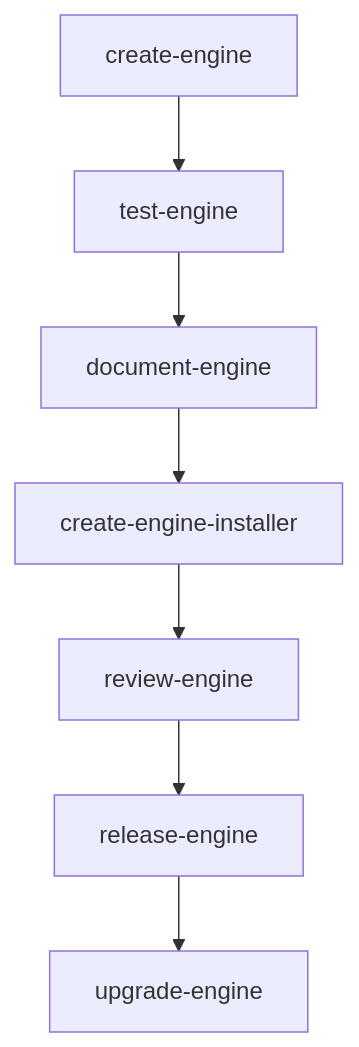
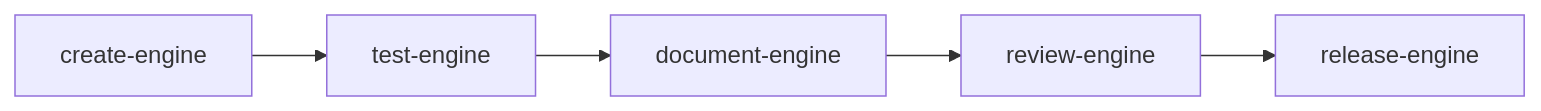
The fourth of 6 diagrams in docs/persona-guide.md (igmarin/rails-agent-skills), drawn with Mermaid before and after one commit. The commit also changed other lines of this file and 49 other files, not shown here.

````diff
--- a/docs/persona-guide.md
+++ b/docs/persona-guide.md
@@ -568,9 +65,7 @@
 ```mermaid
-flowchart TD
+flowchart LR
     A[create-engine] --> B[test-engine]
     B --> C[document-engine]
-    C --> D[create-engine-installer]
-    D --> E[review-engine]
-    E --> F[release-engine]
-    F --> G[upgrade-engine]
+    C --> D[review-engine]
+    D --> E[release-engine]
 ```
````
